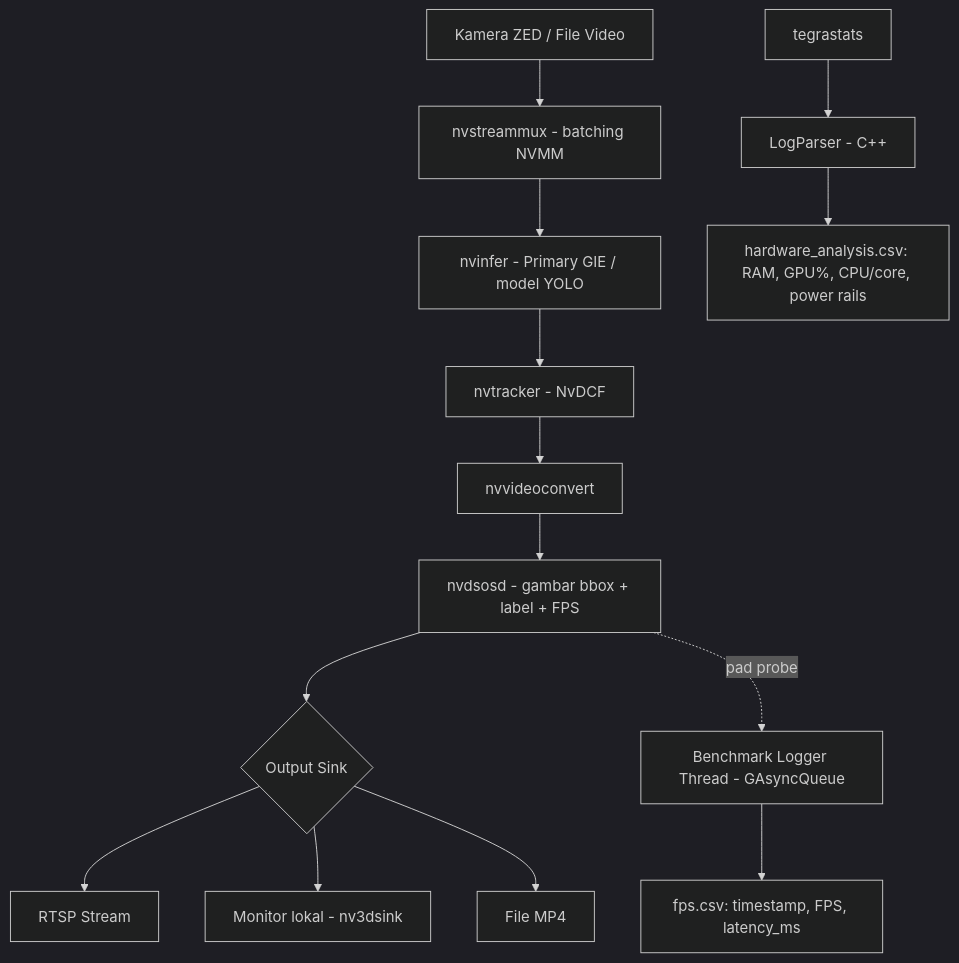
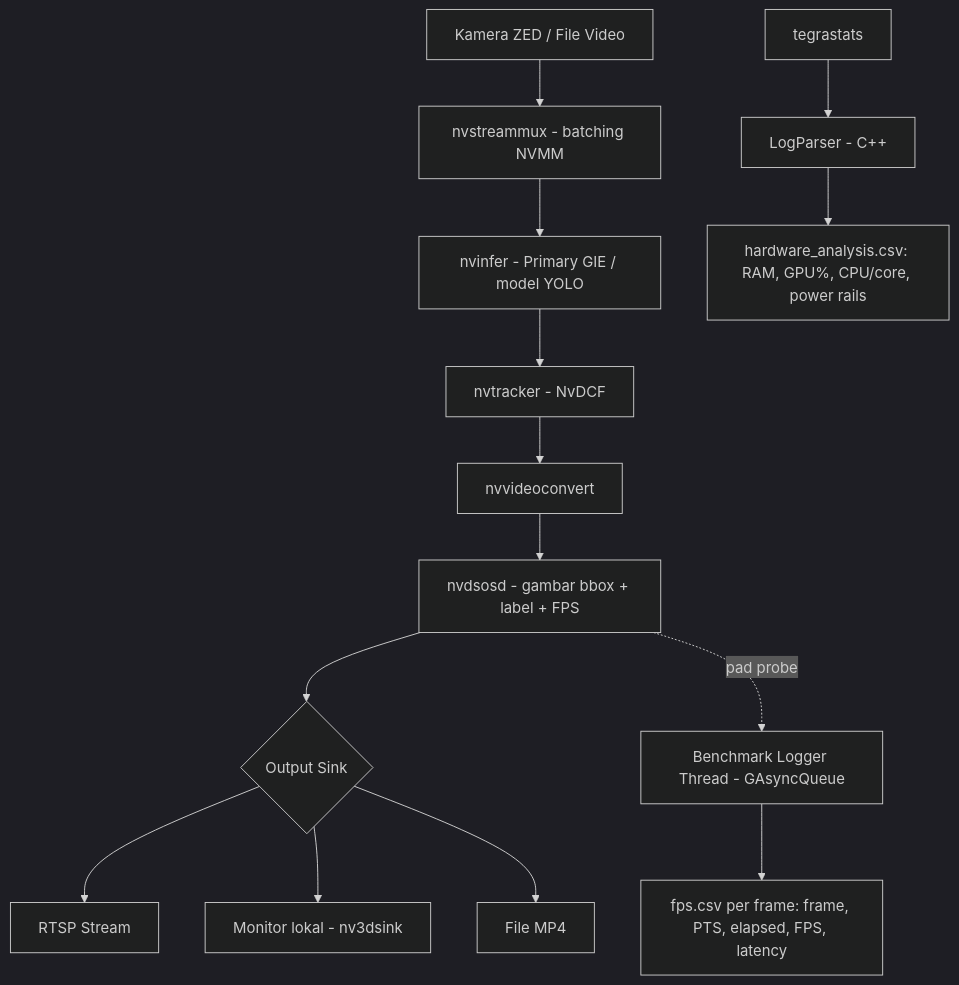
Before and after one commit to perdiDev/final-project: the diagram in docs/01_scope_and_architecture.md, drawn with Mermaid (dark theme). The commit also changed 4 other files, not shown here.

Commit message:
update bechmark from per second to per frame

````diff
--- a/docs/01_scope_and_architecture.md
+++ b/docs/01_scope_and_architecture.md
@@ -29,18 +29,18 @@
 ```mermaid
 flowchart TD
     A[Kamera ZED / File Video] --> B[nvstreammux - batching NVMM]
     B --> C[nvinfer - Primary GIE / model YOLO]
     C --> D[nvtracker - NvDCF]
     D --> E[nvvideoconvert]
     E --> F[nvdsosd - gambar bbox + label + FPS]
     F --> G{Output Sink}
     G --> H[RTSP Stream]
     G --> I[Monitor lokal - nv3dsink]
     G --> J[File MP4]
 
     F -. pad probe .-> K[Benchmark Logger Thread - GAsyncQueue]
-    K --> L[fps.csv: timestamp, FPS, latency_ms]
+    K --> L[fps.csv per frame: frame, PTS, elapsed, FPS, latency]
 
     M[tegrastats] --> N[LogParser - C++]
     N --> O[hardware_analysis.csv: RAM, GPU%, CPU/core, power rails]
 ```
````
